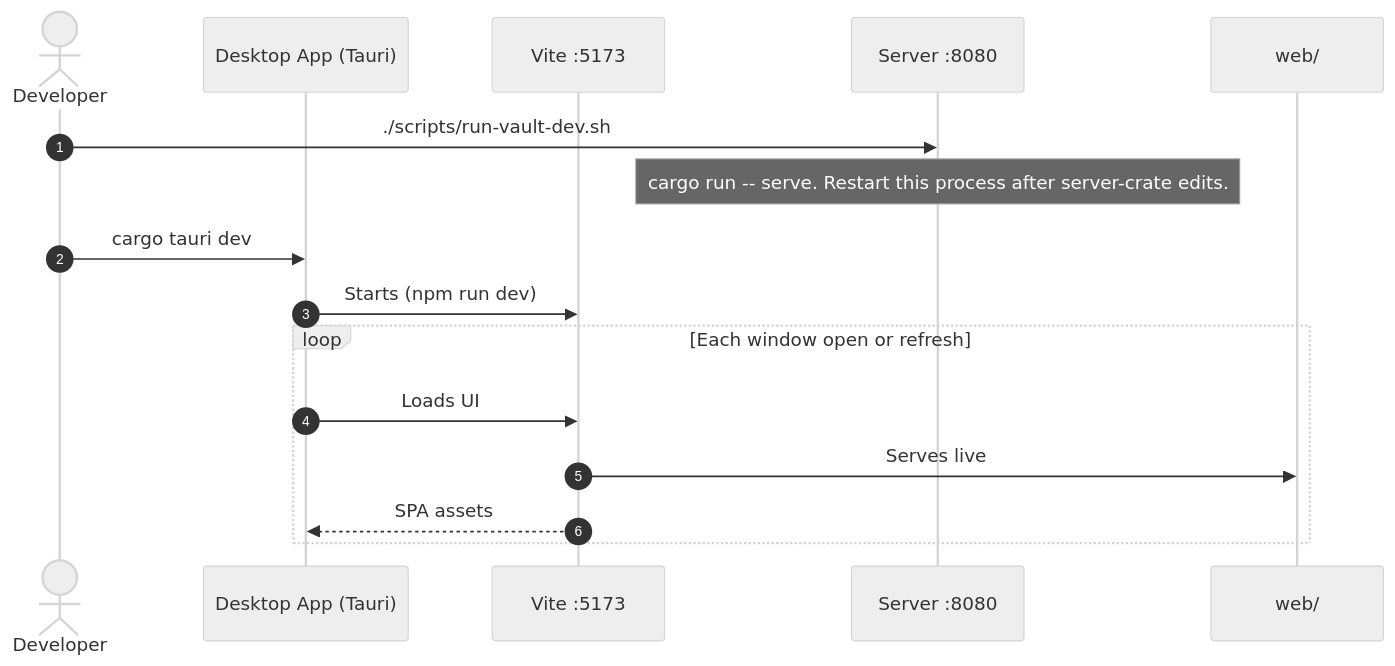
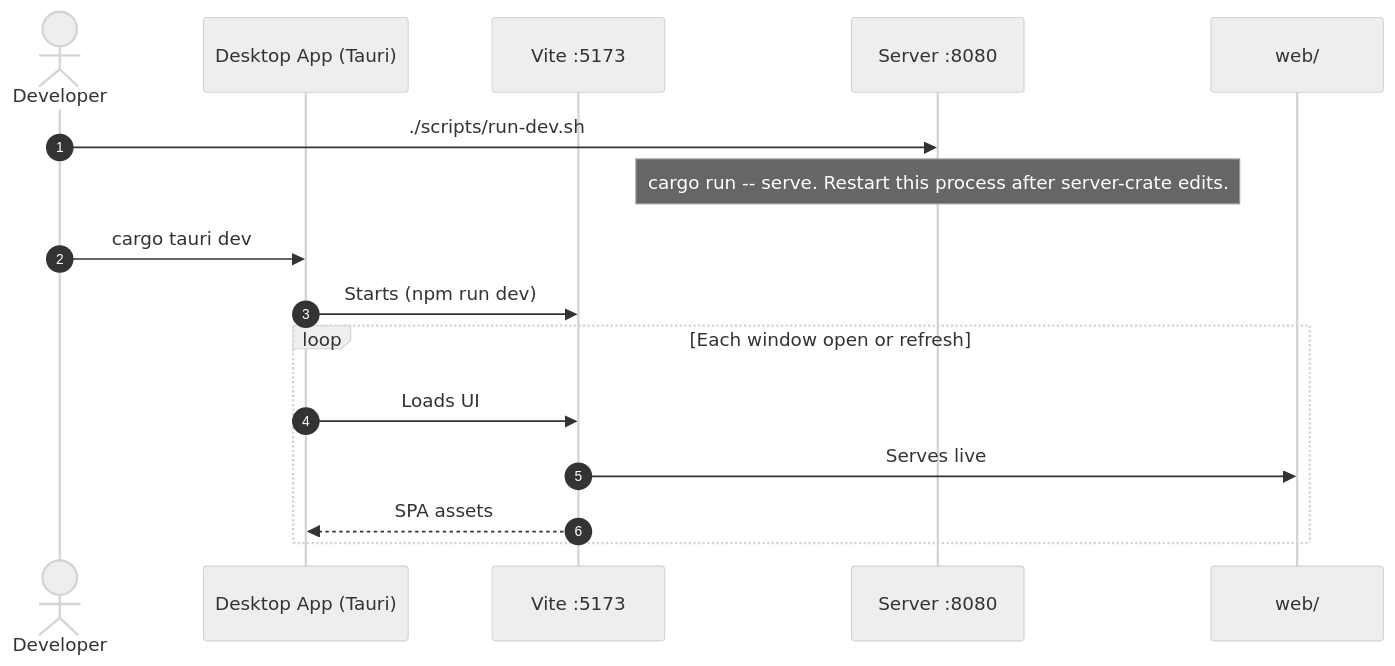
One commit to bitrealm-io/message-vault changed the first of 4 diagrams in docs/src/content/docs/docs/developer/design.md. Above: the diagram before and after it, drawn with Mermaid (neutral theme). The commit also changed other lines of this file and 822 other files, not shown here.

````diff
--- a/docs/src/content/docs/docs/developer/design.md
+++ b/docs/src/content/docs/docs/developer/design.md
@@ -86,21 +86,21 @@
 ```mermaid
 sequenceDiagram
     autonumber
     actor Dev as Developer
     participant Desktop as Desktop App (Tauri)
     participant Vite as Vite :5173
     participant Server as Server :8080
 
     participant WebSrc as web/
 
-    Dev->>Server: ./scripts/run-vault-dev.sh
+    Dev->>Server: ./scripts/run-dev.sh
     Note over Server: cargo run -- serve. Restart this process after server-crate edits.
 
     Dev->>Desktop: cargo tauri dev
     Desktop->>Vite: Starts (npm run dev)
     loop Each window open or refresh
         Desktop->>Vite: Loads UI
         Vite->>WebSrc: Serves live
         Vite-->>Desktop: SPA assets
     end
 ```
````
